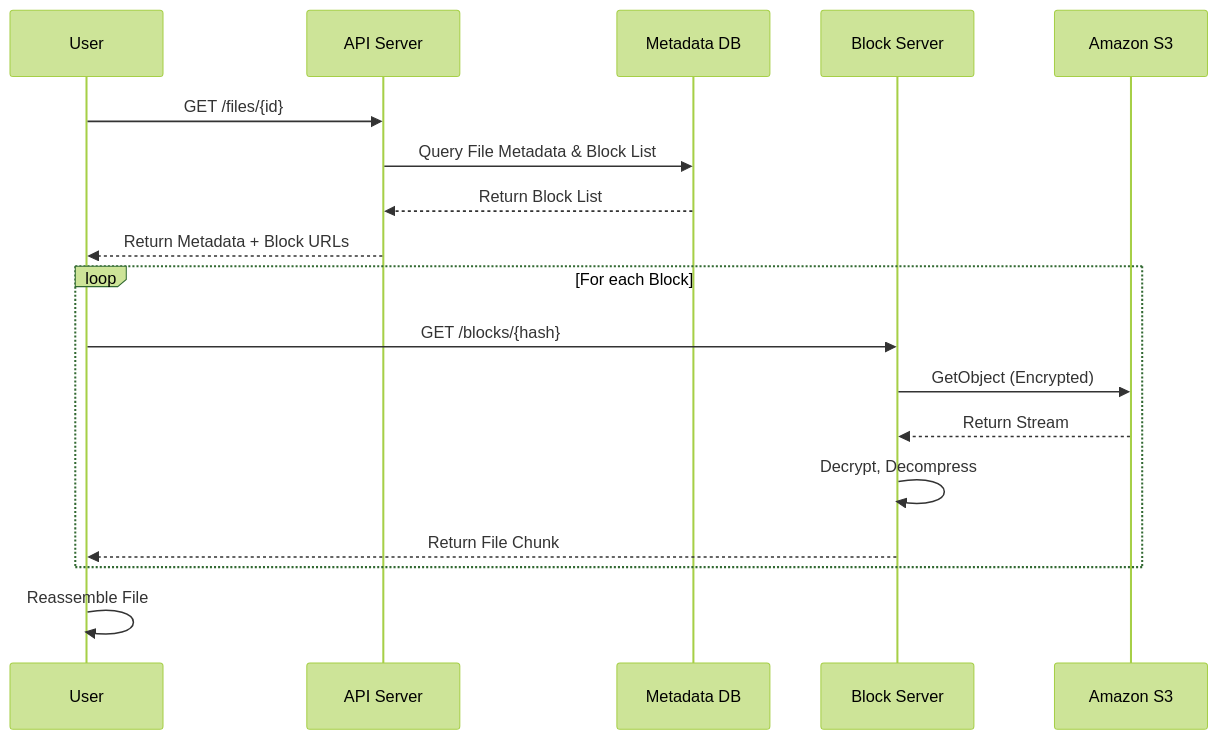
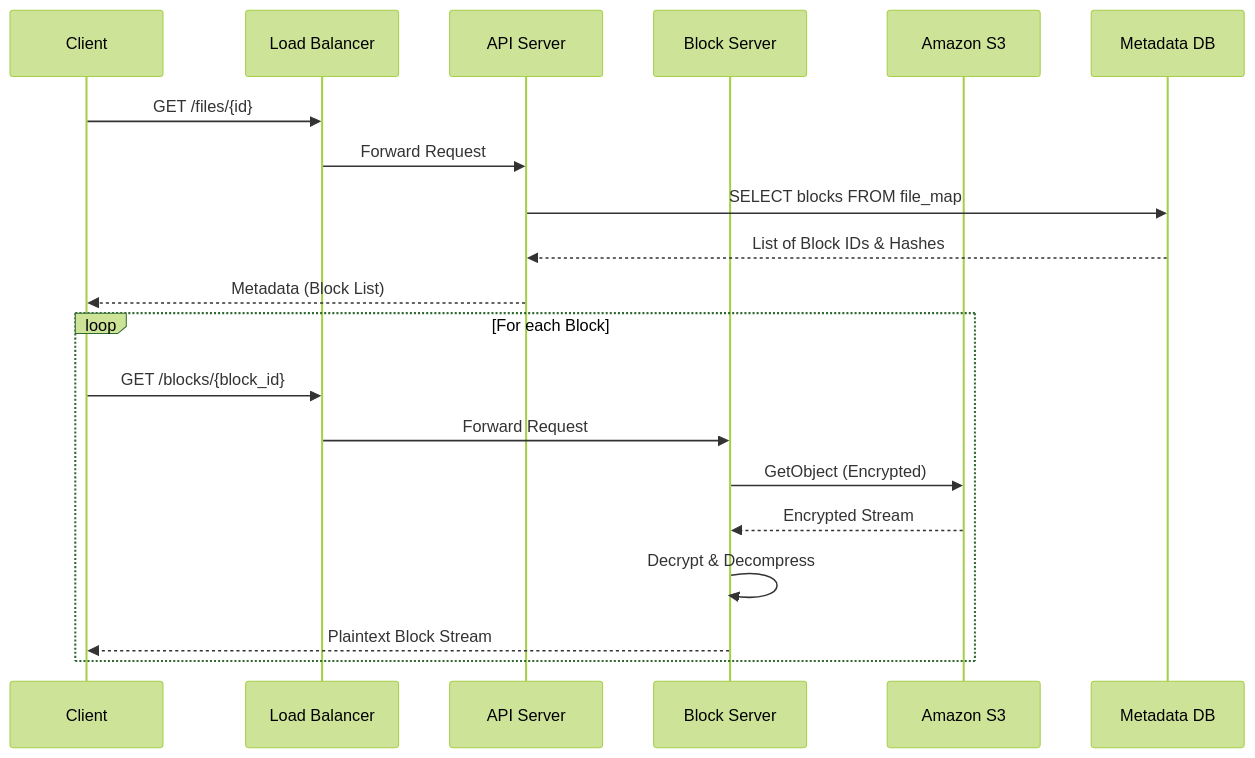
The fourth of 25 diagrams in docs/experimento/gemini/LLMArchitecture-1.md (paulocer/DesignGoogleDrive), drawn with Mermaid (forest theme) before and after one commit. The commit also changed other lines of this file and 1 other file, not shown here.

````diff
--- a/docs/experimento/gemini/LLMArchitecture-1.md
+++ b/docs/experimento/gemini/LLMArchitecture-1.md
@@ -179,22 +213,24 @@
 ```mermaid
 sequenceDiagram
-    participant User
+    participant Client
+    participant LB as Load Balancer
     participant API as API Server
-    participant DB as Metadata DB
     participant Block as Block Server
     participant S3 as Amazon S3
+    participant DB as Metadata DB
 
-    User->>API: GET /files/{id}
-    API->>DB: Query File Metadata & Block List
-    DB-->>API: Return Block List
-    API-->>User: Return Metadata + Block URLs
+    Client->>LB: GET /files/{id}
+    LB->>API: Forward Request
+    API->>DB: SELECT blocks FROM file_map
+    DB-->>API: List of Block IDs & Hashes
+    API-->>Client: Metadata (Block List)
 
     loop For each Block
-        User->>Block: GET /blocks/{hash}
+        Client->>LB: GET /blocks/{block_id}
+        LB->>Block: Forward Request
         Block->>S3: GetObject (Encrypted)
-        S3-->>Block: Return Stream
-        Block->>Block: Decrypt, Decompress
-        Block-->>User: Return File Chunk
+        S3-->>Block: Encrypted Stream
+        Block->>Block: Decrypt & Decompress
+        Block-->>Client: Plaintext Block Stream
     end
-    User->>User: Reassemble File
 ```
````
